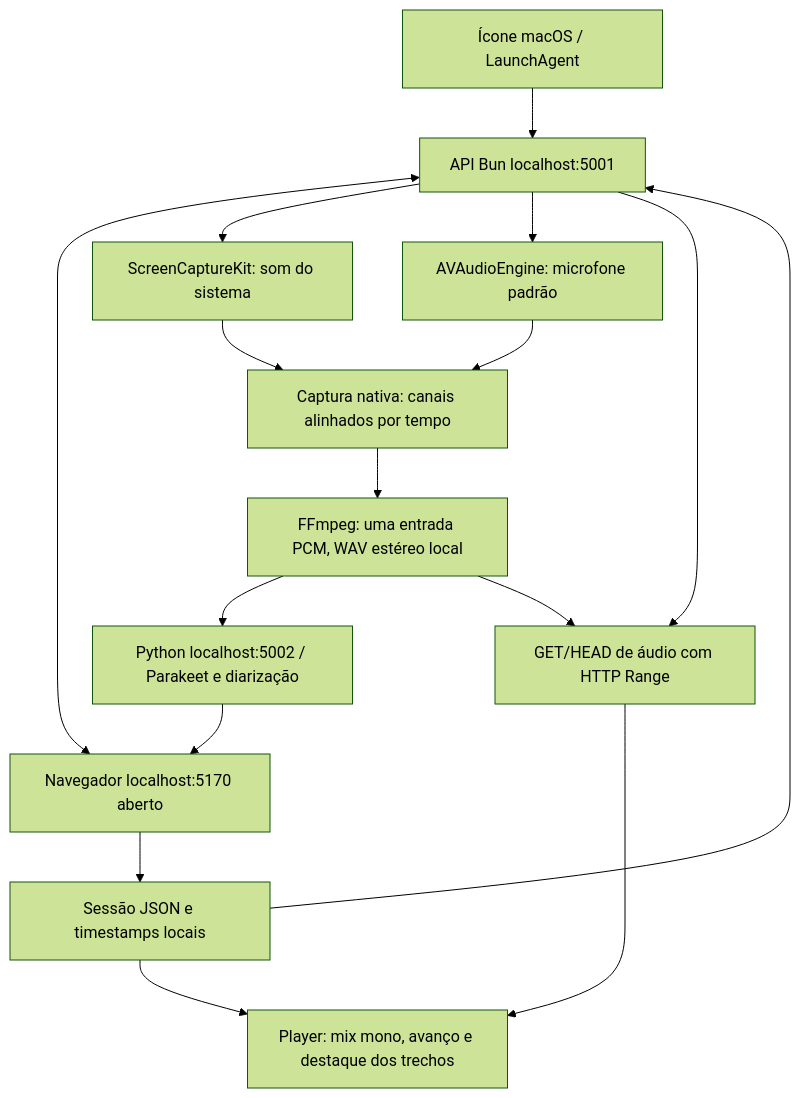
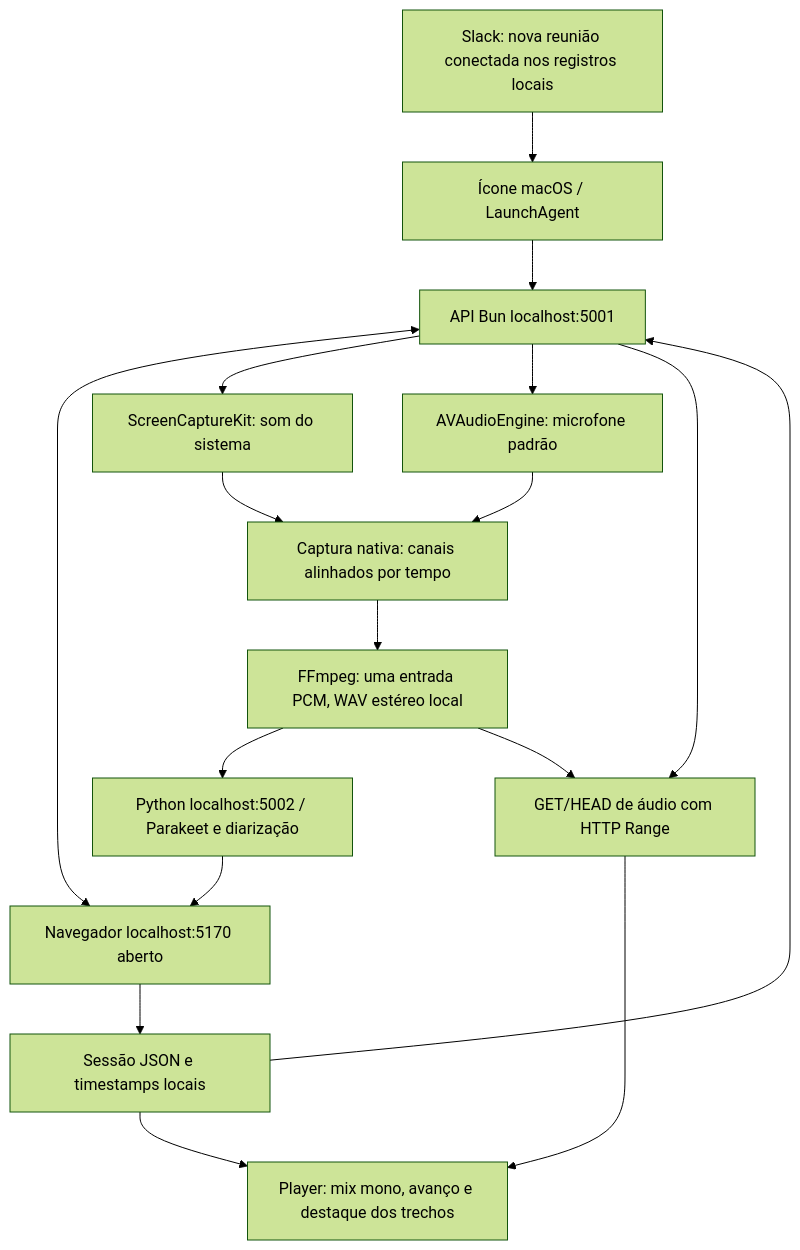
One commit to augustocbx/heed-macos changed the diagram in README.md. Above: the diagram before and after it, drawn with Mermaid (forest theme). The commit also changed other lines of this file and 17 other files, not shown here.

````diff
--- a/README.md
+++ b/README.md
@@ -57,18 +67,19 @@
 ```mermaid
 flowchart TD
-    A[Ícone macOS / LaunchAgent] --> B[API Bun localhost:5001]
+    S[Slack: nova reunião conectada nos registros locais] --> A[Ícone macOS / LaunchAgent]
+    A --> B[API Bun localhost:5001]
     B <--> C[Navegador localhost:5170 aberto]
     B --> D[ScreenCaptureKit: som do sistema]
     B --> E[AVAudioEngine: microfone padrão]
     D --> K[Captura nativa: canais alinhados por tempo]
     E --> K
     K --> F[FFmpeg: uma entrada PCM, WAV estéreo local]
     F --> G[Python localhost:5002 / Parakeet e diarização]
     G --> C
     C --> H[Sessão JSON e timestamps locais]
     H --> B
     F --> I[GET/HEAD de áudio com HTTP Range]
     B --> I
     I --> J[Player: mix mono, avanço e destaque dos trechos]
     H --> J
 ```
````
